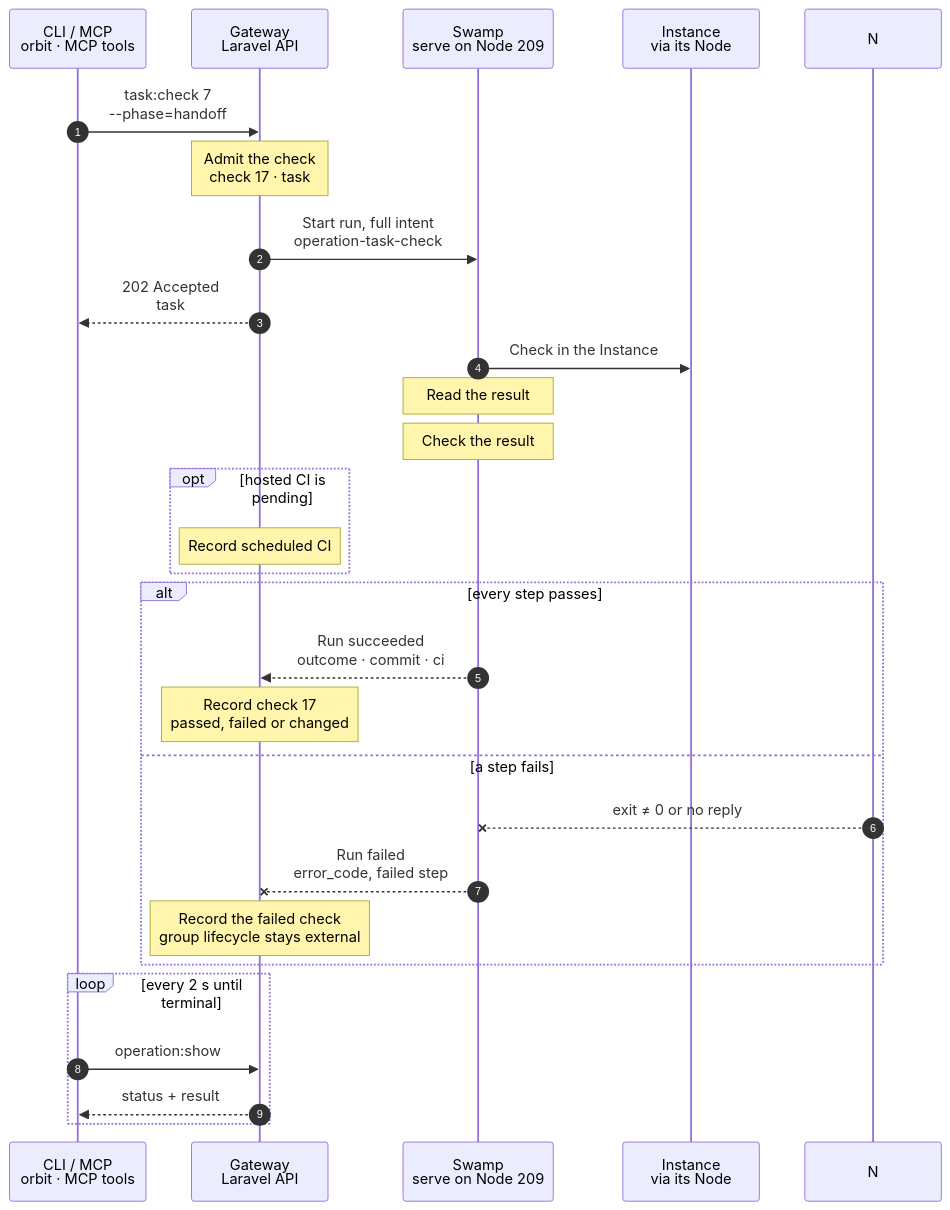
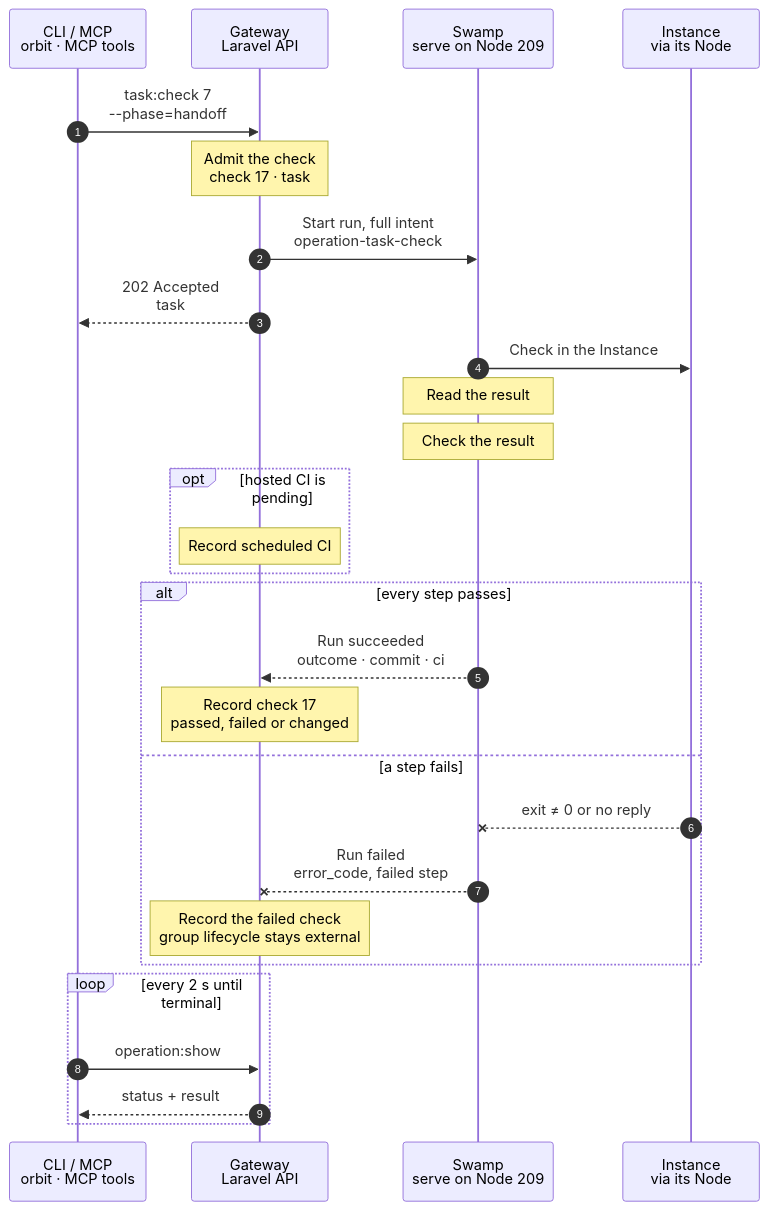
The diagram in docs/cli/task/check.mmd (hardimpactdev/orbit), drawn with Mermaid before and after one commit. The commit also changed 2 other files, not shown here.

```diff
--- a/docs/cli/task/check.mmd
+++ b/docs/cli/task/check.mmd
@@ -1,89 +1,89 @@
 sequenceDiagram
   %% Target design: docs/reference/tasks.md#check-an-external-group and the Instance workspace phases in docs/reference/task-instance-workspace.md.
   %% Execution: task-instance-check owns the copy phases and the typed check result.
   %% status: migrated
   %% command: task:check
   %% kind: tasks.check
   autonumber
   %% lane CLI icon=terminal pill=caller tone=gray
   %% lane GW icon=gateway pill=intent tone=blue
   %% lane SW icon=workflow pill=executes tone=green
   %% lane I icon=server pill=target tone=amber
   participant CLI as CLI / MCP<br/>orbit · MCP tools
   participant GW as Gateway<br/>Laravel API
   participant SW as Swamp<br/>serve on Node 209
   participant I as Instance<br/>via its Node
   CLI->>GW: task:check 7<br/> --phase=handoff
   %%> Command:
   %%> - `orbit task:check 7 --phase=handoff`
   %%> - syntax: `<task> --phase=baseline|handoff [--idempotency-key=KEY] [--json]`
   Note over GW: Admit the check<br/>check 17 · task #5170
   %%> Requirements:
   %%> - group 42 is open and external, with its own task copy, else `tasks.no_workspace` ("The group requires its task copy."): task VM workspaces are removed
   %%> - subtask 7 is the current open subtask, else `tasks.subtask_not_current`
   %%> - a baseline only before any implementer started, else `tasks.baseline_done`
   %%> - `task:start` of a Project whose default is a container, or of a nested-fleet Project, creates that ownership with a task copy
   %%> - that workspace's last completion did not fail, else `tasks.copy_completion_failed` with its Operation, failed step, error code and the retry `orbit instance:complete ID`; and it is `active`, else `tasks.copy_not_ready`
   %%> - that workspace needs a running runtime, else `tasks.instance_not_running`, and a recorded branch, else `tasks.no_workspace`
   %%> - that workspace refuses a handoff that needs hosted CI (`tasks.instance_hosted_check_unavailable`), before a check row exists
   %%> - its baseline has an empty setup list: the copied seed already ran the Project's setup steps
   %%> Result:
   %%> - check 17 recorded as running; the full intent holds the Project check, setup (baseline), deliverables (handoff), base commit and the Instance Node's SSH target
   %%> - `workspace` holds the recorded Incus project and container, the Instance branch and a new scratch ID; the SSH target is its Node
   GW->>SW: Start run, full intent<br/>operation-task-check
   %%> Inputs:
   %%> - the copy intent; hosted CI is refused at admission
   GW-->>CLI: 202 Accepted<br/>task #5170
     SW->>I: Check in the Instance
     %%> What it does:
     %%> - one child workflow runs the whole check through Ansible phases on the Instance Node; every repository command runs in the container as `agent` in `/srv/workspace`, with the agent's HOME and login shell
     %%> - a scoped Project check such as `bin/task-check` prints one summary line per part; its `ci-policy` part runs the CI policy tests (`python3 -m unittest discover -s tools -p 'test_ci_*.py'`) when the change touches what those tests read: the CI registry and its fixture tomls, the workflows, the CI scripts or a Swamp test file, before Pest and the fixtures, within the check's budget
     %%> - see [task Instance workspace](/reference/task-instance-workspace#check-phases)
     %%> Base first (handoff only):
     %%> - its child first runs `task-copy-base`, phase `base`, the same one `task:sync` runs ([Bring main into a copy](/reference/tasks#bring-main-into-a-copy)): the Node fetches the current default branch head into the copy's mirror and the copy gets it in `refs/remotes/origin/<default>`
     %%> - the read token follows the sync's rules: the Gateway mints it as the run starts, the Node's one fetch reads it as a Git header through stdin, and it never reaches the copy
     %%> - a failed base (mirror or GitHub down) does not block the check: the check runs on the tree as it is, and the result says `base: unavailable` with `base_reason`; the base's scratch cleanup runs after it, whatever it did
     %%> - then the `base-merge` phase, as `agent` in the copy: `git merge-tree --write-tree HEAD refs/remotes/origin/<default>`; HEAD already holds the head: nothing, `merged_default` is null
     %%> - a clean merge: any uncommitted work is committed first with the check's message, then one merge commit, parents HEAD then the head, message `Merge main <full sha> before the check`, author and committer `Orbit <orbit@users.noreply.github.com>`
     %%> - only the copy's own workflow changes refuse at publish (`git diff <merge-base>...<commit>`): the default branch's workflow changes that the merge brings in are never the copy's
     %%> - a conflict refuses with `tasks.check_conflict` and `conflicting_paths`, at most 100 in at most 3,000 bytes, and `conflicting_more`, before the long parts run; the workspace is left exactly as it was
     %%> - every refusal comes before the copy changes: the work and merge commits are objects no ref names; a merge that would add a file over an untracked or ignored one fails with `tasks.workspace_phase_failed`; only then the working tree, the index and the branch move
     %%> - after the merge step succeeds, HEAD holds the default head, whether this check merged it or an earlier check, or a sync and a hand merge, did; file deliverables and `fails_on_base` runs compare with the subtask's start plus that head, so main's changes are never the subtask's work
     %%> - the base-merge, check, commit and commit-ref phases run as the behavior `task-instance-check-NODE-GROUP`, for up to 900 s, 10,800 s, 600 s and 600 s, so the check of another group's copy on this Node never waits for its lock; its short steps keep their Node names
     %%> Refuses:
     %%> - a changed checkout identity or branch: `tasks.workspace_identity_changed`
   Note over SW: Read the result
   %%> What it does:
   %%> - reads the receipt of `Check in the Instance`
   %%> - a direct data step exposes the Instance check's result JSON to a calling workflow
   %%> - it keeps the complete check receipt on passed, failed and changed outcomes
   Note over SW: Check the result
   %%> What it does:
   %%> - native assert checks the Instance receipt for an execution error
   %%> - the Gateway captures that receipt in the same history read; no shell prints it again
   opt hosted CI is pending
     Note over GW: Record scheduled CI
     %%> What it does:
     %%> - on each native schedule tick, `collect` shapes public observations for admitted checks after their SSH snapshots
     %%> - queued or running GitHub Actions jobs on the candidate keep CI pending even before Required checks appears
     %%> - another head or App cannot extend the wait; missing CI still expires after ten minutes, active CI after 55 minutes
     %%> - the existing reader takes these rows directly from the collector output; no reporting shell runs
     %%> - Swamp inlines only a small step output in the run history; a larger one, such as a check with long output, is read as the `output` data artifact of `task-check-ci-data` with `data.get`, at the version the history names
   end
   alt every step passes
     SW-->>GW: Run succeeded<br/>outcome · commit · ci
     %%> Result:
     %%> - a copy's handoff check also names `default_commit`, the default head it judged against, `merged_default`, the head it merged or null, and `base`: `current`, or `unavailable` with `base_reason`
     Note over GW: Record check 17<br/>passed, failed or changed
     %%> Rules:
     %%> - a check preserves its admitted subtask base as the start commit; the candidate HEAD is never a new base for a retry
     %%> - a passed handoff check records the group's pull request mode in effect at that moment (`pr_mode`); only a check that recorded `pr_when_done` lets the `task:pr-when-done` tick publish by itself. Recording it starts nothing (docs/reference/tasks.md#where-the-mode-comes-from)
   else a step fails
-    N--xSW: exit ≠ 0 or no reply
+    I--xSW: exit ≠ 0 or no reply
     SW--xGW: Run failed<br/>error_code, failed step
     Note over GW: Record the failed check<br/>group lifecycle stays external
   end
   loop every 2 s until terminal
     CLI->>GW: operation:show #5170
     GW-->>CLI: status + result
   end
```
